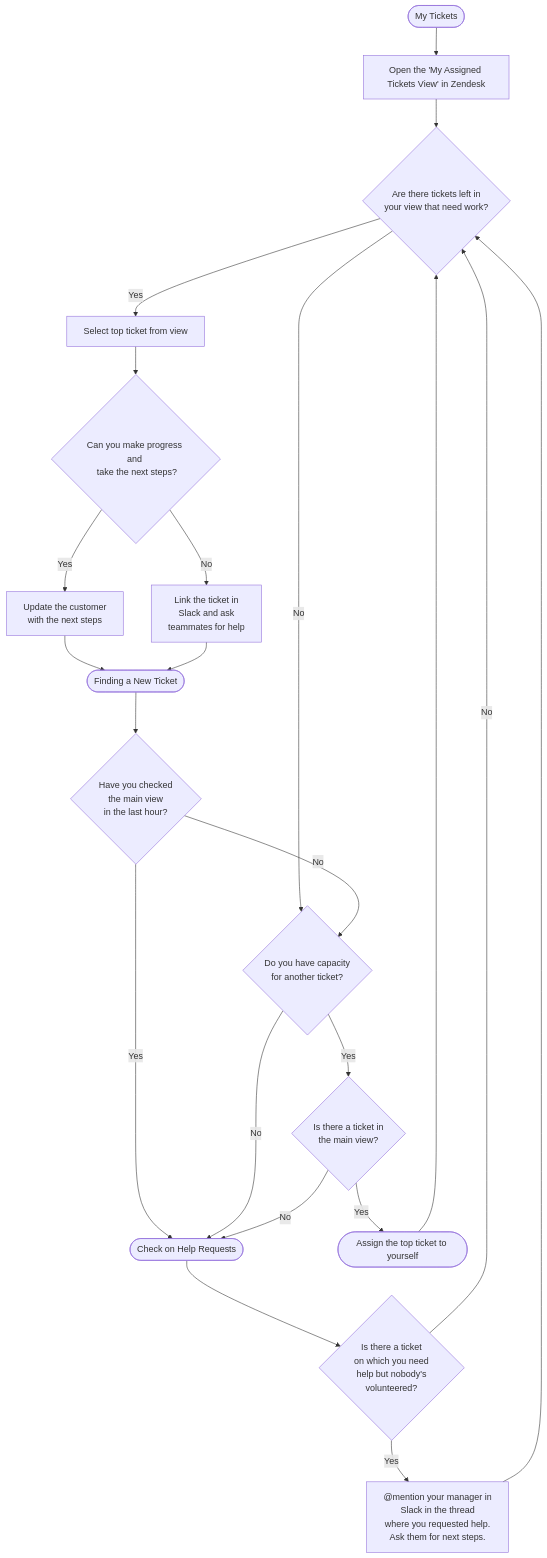
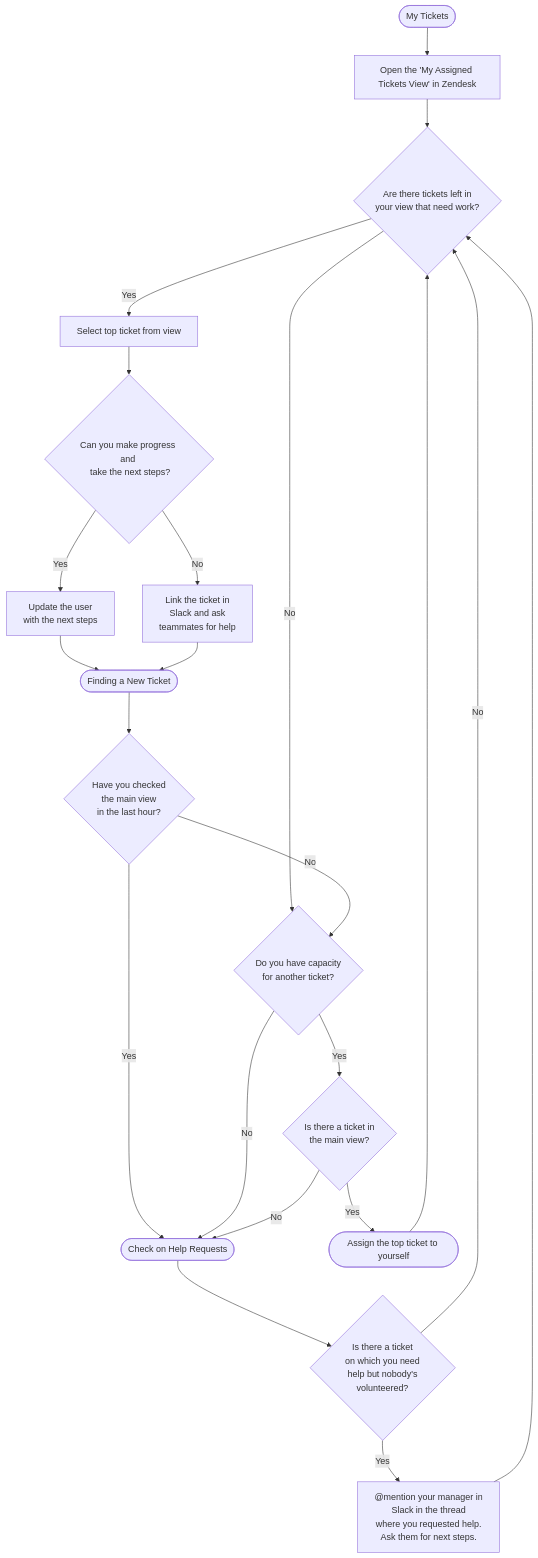
One commit to secretstartups/handbook changed the diagram in support/workflows/working-on-tickets.html.md. Above: the diagram before and after it, drawn with Mermaid. The commit also changed other lines of this file, not shown here.

Commit message:
Changing Customer back to User

````diff
--- a/support/workflows/working-on-tickets.html.md
+++ b/support/workflows/working-on-tickets.html.md
@@ -154,26 +154,26 @@
 ```mermaid
 graph TD
 A([My Tickets]) --> B
 B[Open the 'My Assigned Tickets View' in Zendesk] --> B1
 B1{Are there tickets left in <BR> your view that need work?} -->|Yes| C
 B1 -->|No| NT2
 C[Select top ticket from view] --> D
 D{Can you make progress and <BR> take the next steps?}
-D -->|Yes| E[Update the customer<BR>with the next steps]
+D -->|Yes| E[Update the user<BR>with the next steps]
 D -->|No| F[Link the ticket in<BR>Slack and ask <BR> teammates for help]
 E & F --> NT0
 
 NT0([Finding a New Ticket]) --> NT1
 NT1{Have you checked <BR> the main view <BR> in the last hour?} -->|Yes| AH0
 NT1 -->|No| NT2
 NT2{Do you have capacity <BR> for another ticket?} -->|No| AH0
 NT2 -->|Yes| NT3
 NT3{Is there a ticket in <BR> the main view?} -->|No| AH0
 NT3 -->|Yes| NT4
 NT4([Assign the top ticket to yourself]) --> B1
 
 AH0([Check on Help Requests]) --> AH1
 AH1{Is there a ticket <BR> on which you need <BR> help but nobody's <BR> volunteered?} -->|Yes| AH2
 AH1 -->|No| B1
 AH2["@"mention your manager in <BR> Slack in the thread <BR> where you requested help. <BR> Ask them for next steps.] --> B1
 ```
````
